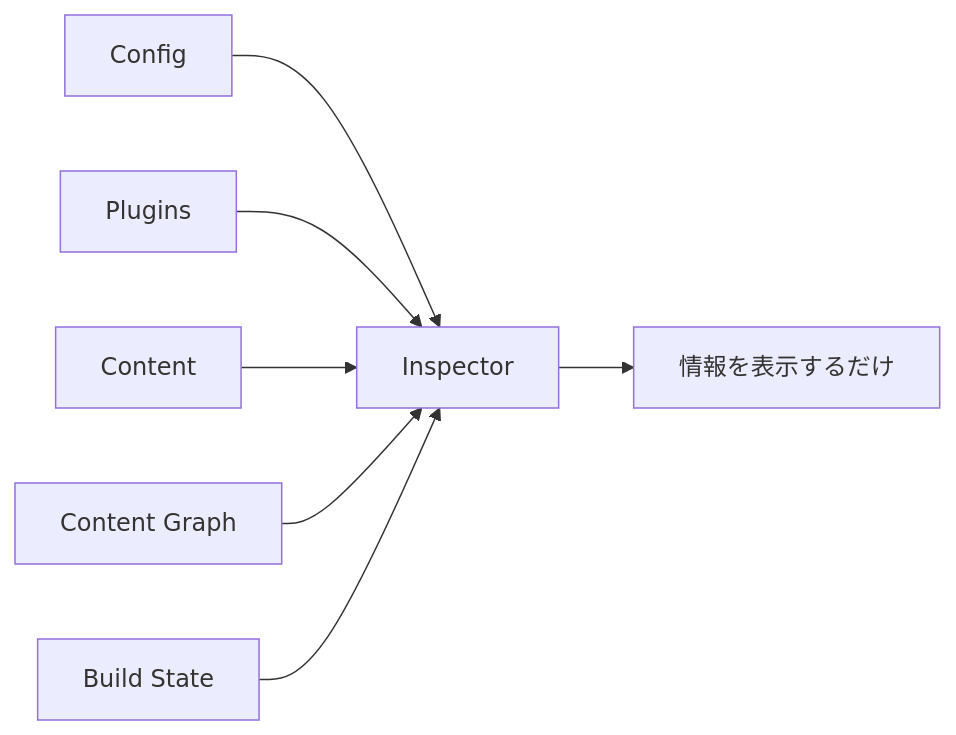
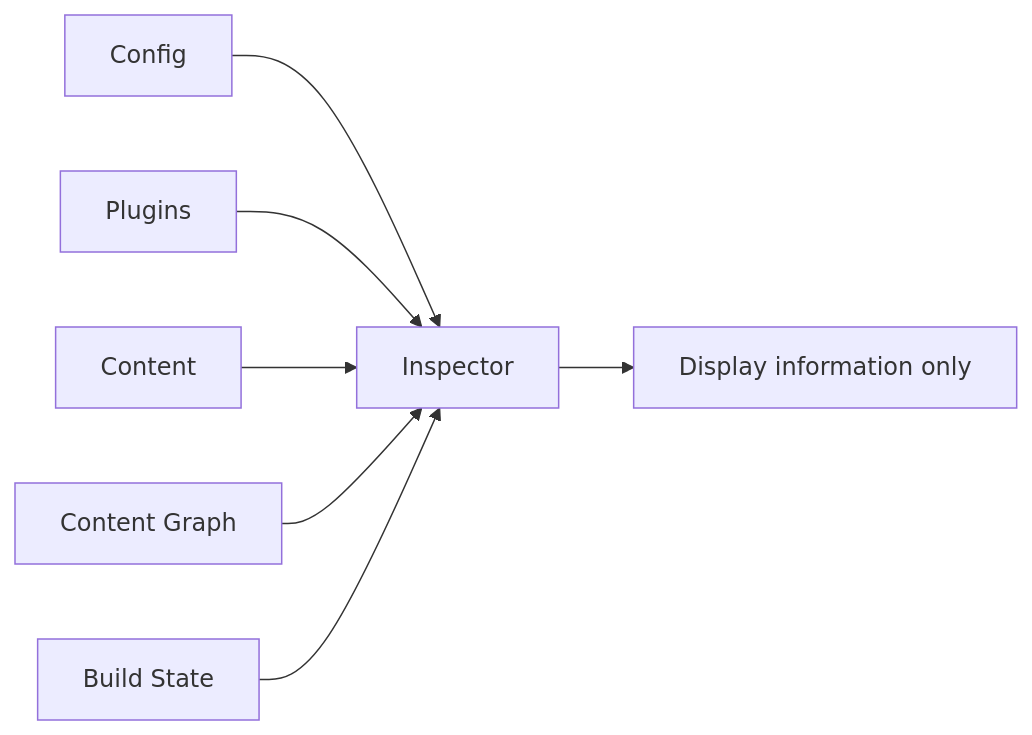
One commit to Rerurate514/riebeckite changed the first of 4 diagrams in docs/docs/framework/inspector.md. Above: the diagram before and after it, drawn with Mermaid. The commit also changed other lines of this file and 604 other files, not shown here.

````diff
--- a/docs/docs/framework/inspector.md
+++ b/docs/docs/framework/inspector.md
@@ -17,16 +16,16 @@
-```mermaid id="qg9q71"
+```mermaid
 flowchart LR
     A["Config"]
     B["Plugins"]
     C["Content"]
     D["Content Graph"]
     E["Build State"]
 
     A --> I["Inspector"]
     B --> I
     C --> I
     D --> I
     E --> I
 
-    I --> F["情報を表示するだけ"]
+    I --> F["Display information only"]
 ```
````
